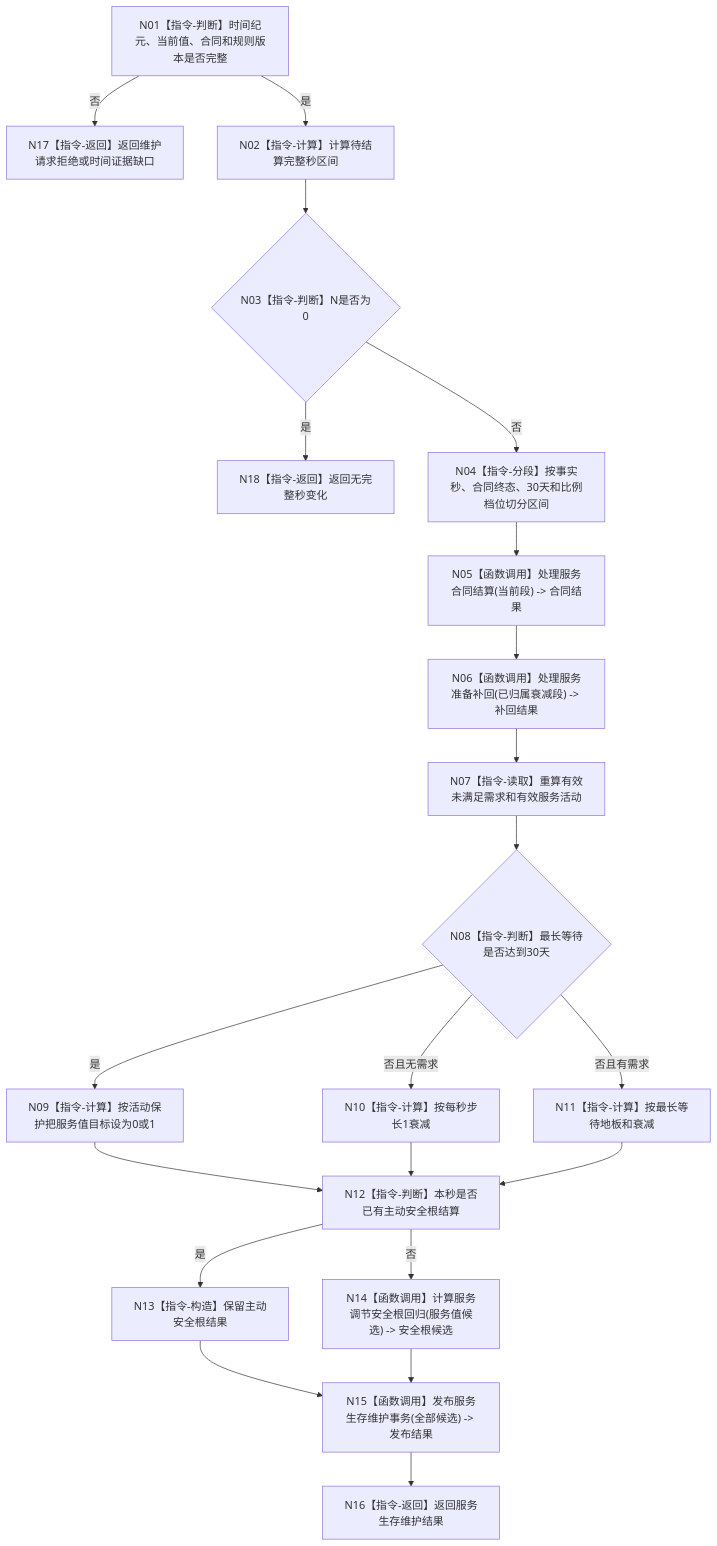
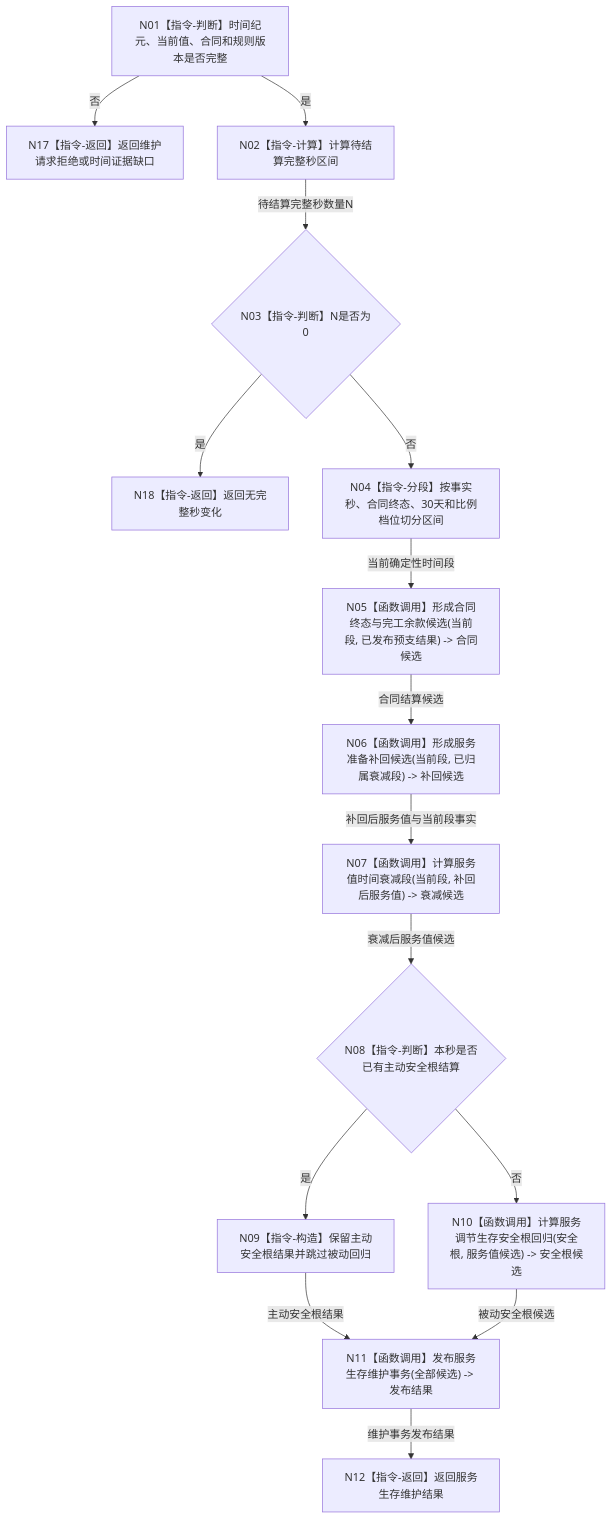
The diagram in 流程图/目标业务流程图/L2/BIZ-L2-003-02_维护服务与生存安全_目标函数流程图_v0.1.md (chunhaizh-cyber/HY-Ego), drawn with Mermaid before and after one commit. The commit also changed other lines of this file and 464 other files, not shown here.

Commit message:
流程图：发布多线程目标业务设计基线

````diff
--- a/流程图/目标业务流程图/L2/BIZ-L2-003-02_维护服务与生存安全_目标函数流程图_v0.1.md
+++ b/流程图/目标业务流程图/L2/BIZ-L2-003-02_维护服务与生存安全_目标函数流程图_v0.1.md
@@ -32,23 +32,17 @@
 ```mermaid
 flowchart TD
     N01["N01【指令-判断】时间纪元、当前值、合同和规则版本是否完整"] -->|"否"| N17["N17【指令-返回】返回维护请求拒绝或时间证据缺口"]
     N01 -->|"是"| N02["N02【指令-计算】计算待结算完整秒区间"]
-    N02 --> N03{"N03【指令-判断】N是否为0"}
+    N02 -->|待结算完整秒数量N| N03{"N03【指令-判断】N是否为0"}
     N03 -->|"是"| N18["N18【指令-返回】返回无完整秒变化"]
     N03 -->|"否"| N04["N04【指令-分段】按事实秒、合同终态、30天和比例档位切分区间"]
-    N04 --> N05["N05【函数调用】处理服务合同结算(当前段) -> 合同结果"]
-    N05 --> N06["N06【函数调用】处理服务准备补回(已归属衰减段) -> 补回结果"]
-    N06 --> N07["N07【指令-读取】重算有效未满足需求和有效服务活动"]
-    N07 --> N08{"N08【指令-判断】最长等待是否达到30天"}
-    N08 -->|"是"| N09["N09【指令-计算】按活动保护把服务值目标设为0或1"]
-    N08 -->|"否且无需求"| N10["N10【指令-计算】按每秒步长1衰减"]
-    N08 -->|"否且有需求"| N11["N11【指令-计算】按最长等待地板和衰减"]
-    N09 --> N12["N12【指令-判断】本秒是否已有主动安全根结算"]
-    N10 --> N12
-    N11 --> N12
-    N12 -->|"是"| N13["N13【指令-构造】保留主动安全根结果"]
-    N12 -->|"否"| N14["N14【函数调用】计算服务调节安全根回归(服务值候选) -> 安全根候选"]
-    N13 --> N15["N15【函数调用】发布服务生存维护事务(全部候选) -> 发布结果"]
-    N14 --> N15
-    N15 --> N16["N16【指令-返回】返回服务生存维护结果"]
+    N04 -->|当前确定性时间段| N05["N05【函数调用】形成合同终态与完工余款候选(当前段, 已发布预支结果) -> 合同候选"]
+    N05 -->|合同结算候选| N06["N06【函数调用】形成服务准备补回候选(当前段, 已归属衰减段) -> 补回候选"]
+    N06 -->|补回后服务值与当前段事实| N07["N07【函数调用】计算服务值时间衰减段(当前段, 补回后服务值) -> 衰减候选"]
+    N07 -->|衰减后服务值候选| N08{"N08【指令-判断】本秒是否已有主动安全根结算"}
+    N08 -->|是| N09["N09【指令-构造】保留主动安全根结果并跳过被动回归"]
+    N08 -->|否| N10["N10【函数调用】计算服务调节生存安全根回归(安全根, 服务值候选) -> 安全根候选"]
+    N09 -->|主动安全根结果| N11["N11【函数调用】发布服务生存维护事务(全部候选) -> 发布结果"]
+    N10 -->|被动安全根候选| N11
+    N11 -->|维护事务发布结果| N12["N12【指令-返回】返回服务生存维护结果"]
 ```
````
